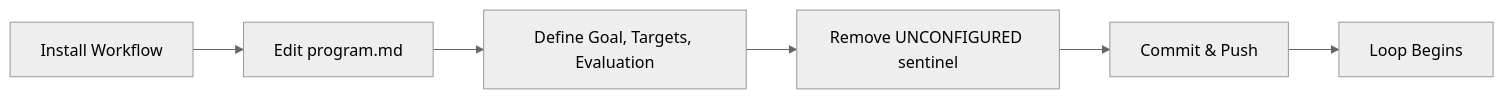
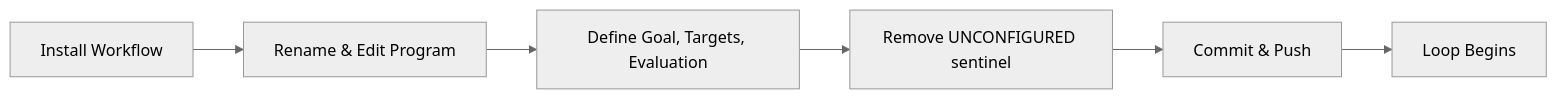
The second of 2 diagrams in docs/autoloop.md (githubnext/agentics), drawn with Mermaid (neutral theme) before and after one commit. The commit also changed other lines of this file and 2 other files, not shown here.

````diff
--- a/docs/autoloop.md
+++ b/docs/autoloop.md
@@ -43,8 +44,8 @@
 ```mermaid
 graph LR
-    A[Install Workflow] --> B[Edit program.md]
+    A[Install Workflow] --> B[Rename & Edit Program]
     B --> C[Define Goal, Targets, Evaluation]
     C --> D[Remove UNCONFIGURED sentinel]
     D --> E[Commit & Push]
     E --> F[Loop Begins]
 ```
````
